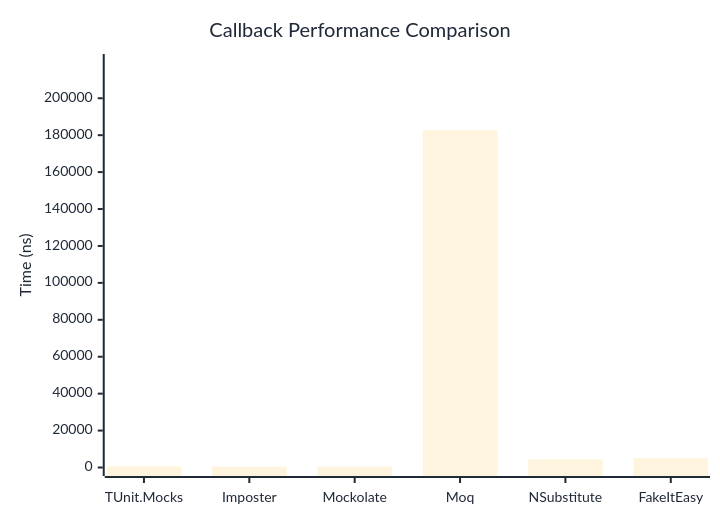
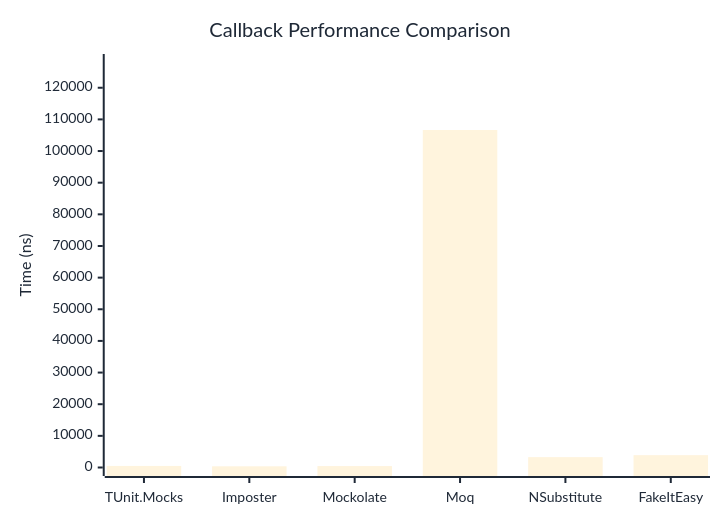
Before and after one commit to weiyilai/TUnit: the first of 2 diagrams in docs/docs/benchmarks/mocks/Callback.md, drawn with Mermaid. The commit also changed other lines of this file and 14 other files, not shown here.

````diff
--- a/docs/docs/benchmarks/mocks/Callback.md
+++ b/docs/docs/benchmarks/mocks/Callback.md
@@ -28,27 +28,27 @@
 ```mermaid
 %%{init: {
   'theme':'base',
   'themeVariables': {
     'primaryColor': '#2563eb',
     'primaryTextColor': '#1f2937',
     'primaryBorderColor': '#1e40af',
     'lineColor': '#6b7280',
     'secondaryColor': '#7c3aed',
     'tertiaryColor': '#dc2626',
     'background': '#ffffff',
     'pie1': '#2563eb',
     'pie2': '#7c3aed',
     'pie3': '#dc2626',
     'pie4': '#f59e0b',
     'pie5': '#10b981',
     'pie6': '#06b6d4',
     'pie7': '#ec4899',
     'pie8': '#6366f1'
   }
 }}%%
 xychart-beta
   title "Callback Performance Comparison"
   x-axis ["TUnit.Mocks", "Imposter", "Mockolate", "Moq", "NSubstitute", "FakeItEasy"]
-  y-axis "Time (ns)" 0 --> 219370
-  bar [629, 462, 522.2, 182807.7, 4428, 5132.9]
+  y-axis "Time (ns)" 0 --> 127977
+  bar [494.3, 379.1, 446.5, 106647.5, 3273.6, 3897.4]
 ```
````
